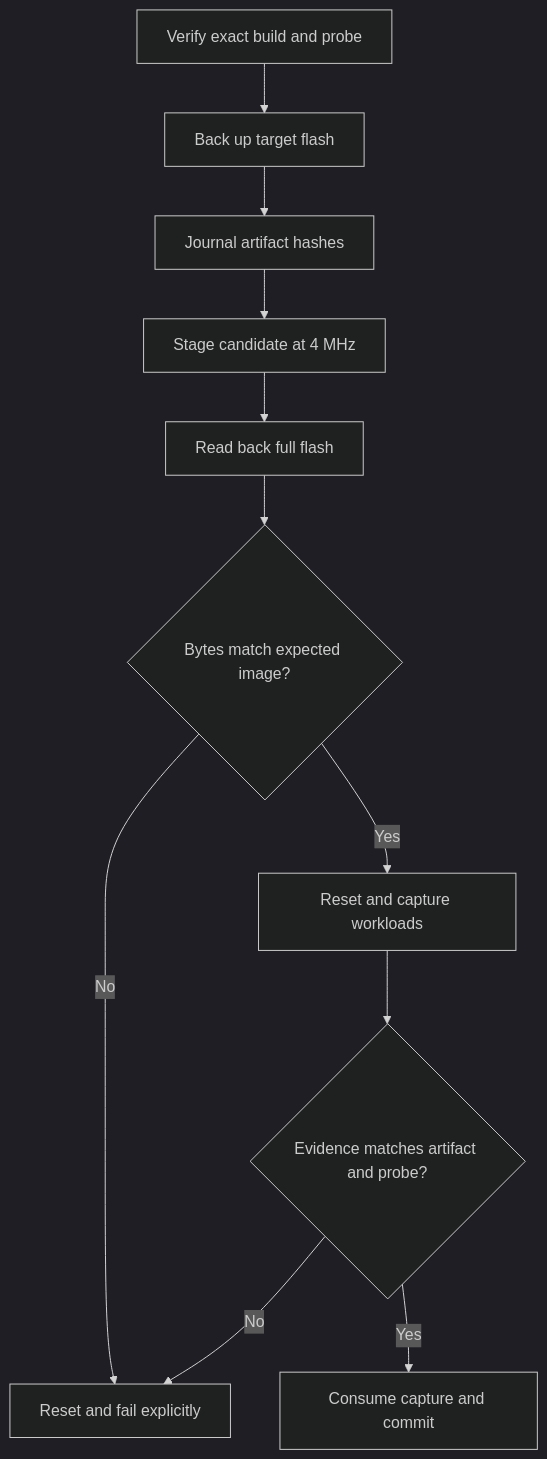
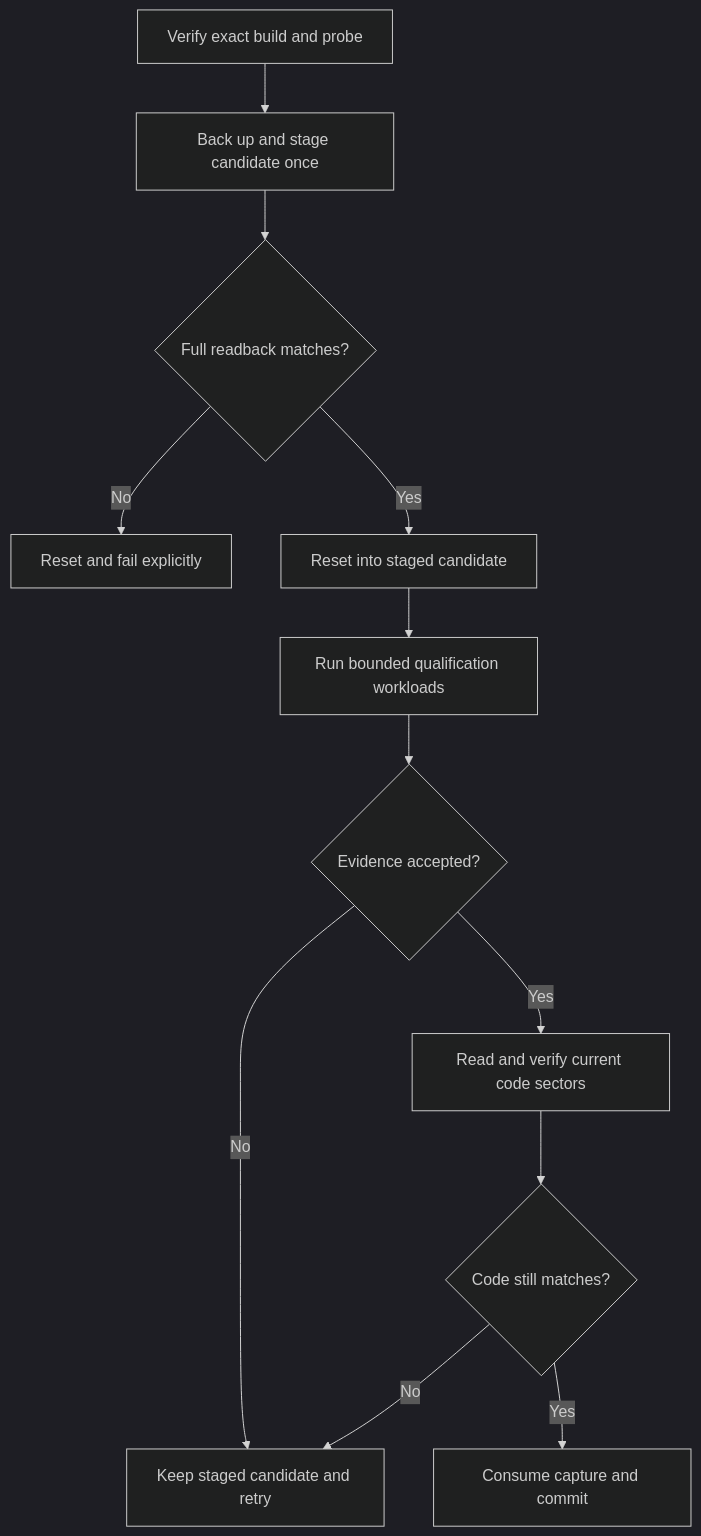
The diagram in docs/wiki/11_verified-deployment-and-qualification.md (Jubliano-sama/IMEC2), drawn with Mermaid (dark theme) before and after one commit. The commit also changed other lines of this file and 77 other files, not shown here.

````diff
--- a/docs/wiki/11_verified-deployment-and-qualification.md
+++ b/docs/wiki/11_verified-deployment-and-qualification.md
@@ -73,13 +95,14 @@
 ```mermaid
 graph TD
-    A["Verify exact build and probe"] --> B["Back up target flash"]
-    B --> C["Journal artifact hashes"]
-    C --> D["Stage candidate at 4 MHz"]
-    D --> E["Read back full flash"]
-    E --> F{"Bytes match expected image?"}
-    F -->|"No"| G["Reset and fail explicitly"]
-    F -->|"Yes"| H["Reset and capture workloads"]
-    H --> I{"Evidence matches artifact and probe?"}
-    I -->|"No"| G
-    I -->|"Yes"| J["Consume capture and commit"]
+    A["Verify exact build and probe"] --> B["Back up and stage candidate once"]
+    B --> C{"Full readback matches?"}
+    C -->|"No"| D["Reset and fail explicitly"]
+    C -->|"Yes"| E["Reset into staged candidate"]
+    E --> F["Run bounded qualification workloads"]
+    F --> G{"Evidence accepted?"}
+    G -->|"No"| H["Keep staged candidate and retry"]
+    G -->|"Yes"| I["Read and verify current code sectors"]
+    I --> J{"Code still matches?"}
+    J -->|"No"| H
+    J -->|"Yes"| K["Consume capture and commit"]
 ```
````
